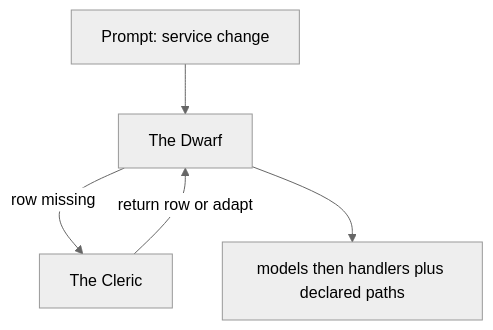
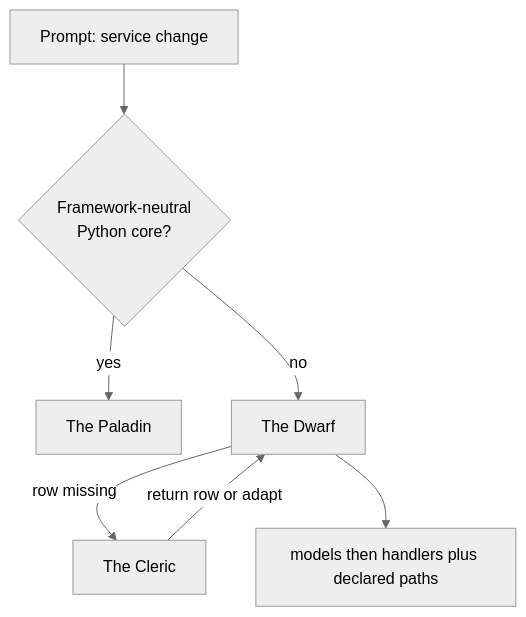
The seventh of 11 diagrams in docs/ADND-DISPATCH.md (kodexArg/harness-base), drawn with Mermaid (neutral theme) before and after one commit. The commit also changed other lines of this file and 27 other files, not shown here.

````diff
--- a/docs/ADND-DISPATCH.md
+++ b/docs/ADND-DISPATCH.md
@@ -131,10 +171,14 @@
 ```mermaid
 flowchart TD
   p[Prompt: service change]
+  q{Framework-neutral<br/>Python core?}
+  pal[The Paladin]
   d[The Dwarf]
   c[The Cleric]
-  p --> d
+  p --> q
+  q -->|yes| pal
+  q -->|no| d
   d -->|"row missing"| c
   c -->|return row or adapt| d
   d --> forge[models then handlers plus declared paths]
 ```
````
